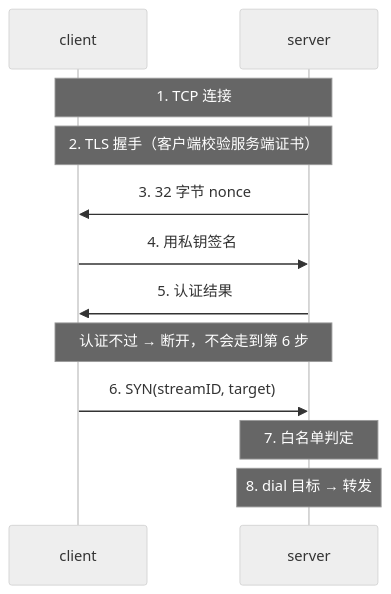
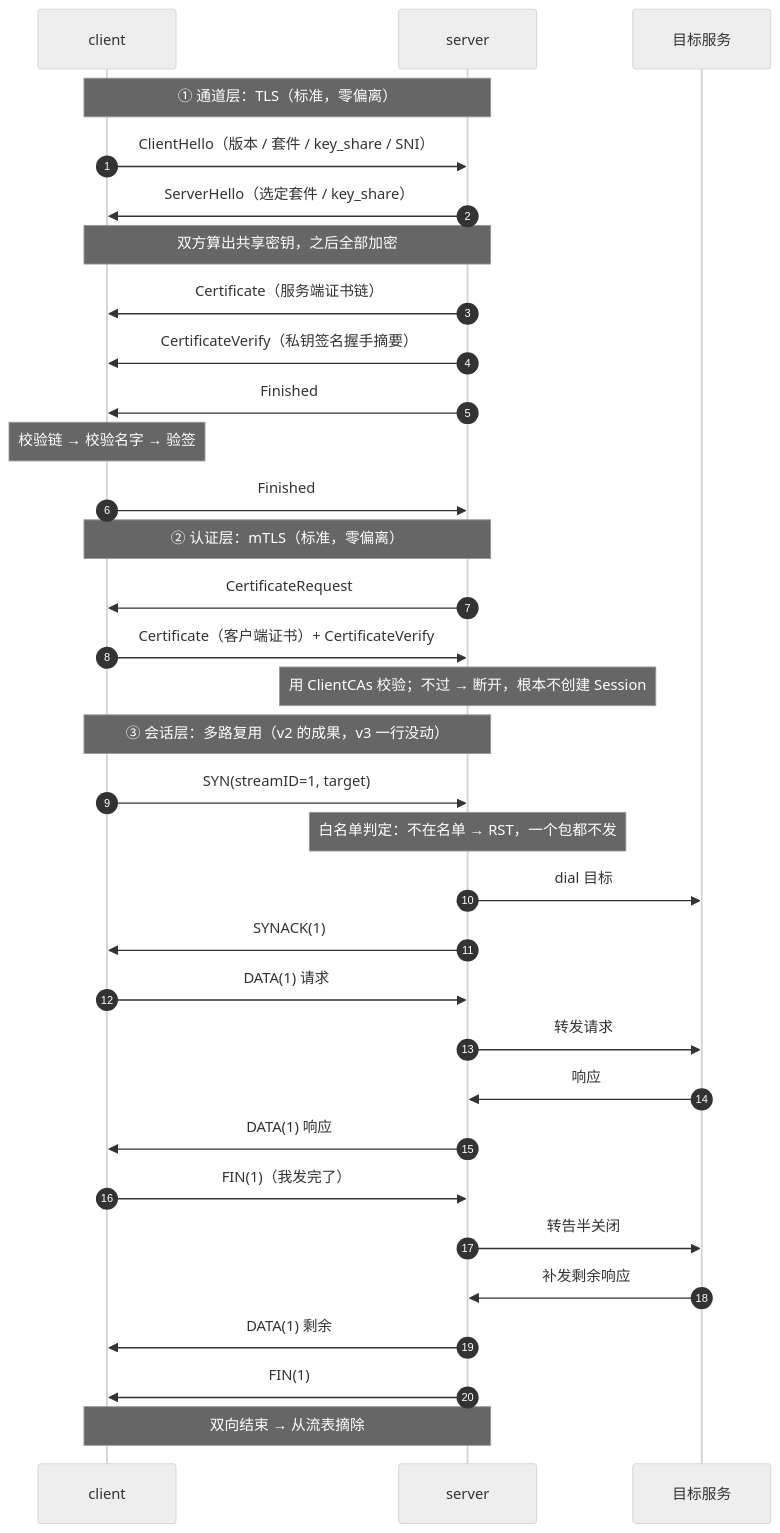
One commit to yiiewang/yiiewang.github.io changed the diagram in docs/blog/posts/2026/10/28-1.md. Above: the diagram before and after it, drawn with Mermaid (neutral theme). The commit also changed other lines of this file and 9 other files, not shown here.

````diff
--- a/docs/blog/posts/2026/10/28-1.md
+++ b/docs/blog/posts/2026/10/28-1.md
@@ -89,14 +103,38 @@
 ```mermaid
 sequenceDiagram
+    autonumber
     participant C as client
     participant S as server
-    Note over C,S: 1. TCP 连接
-    Note over C,S: 2. TLS 握手（客户端校验服务端证书）
-    S->>C: 3. 32 字节 nonce
-    C->>S: 4. 用私钥签名
-    S->>C: 5. 认证结果
-    Note over C,S: 认证不过 → 断开，不会走到第 6 步
-    C->>S: 6. SYN(streamID, target)
-    Note over S: 7. 白名单判定
-    Note over S: 8. dial 目标 → 转发
+    participant T as 目标服务
+
+    Note over C,S: ① 通道层：TLS（标准，零偏离）
+    C->>S: ClientHello（版本 / 套件 / key_share / SNI）
+    S->>C: ServerHello（选定套件 / key_share）
+    Note over C,S: 双方算出共享密钥，之后全部加密
+    S->>C: Certificate（服务端证书链）
+    S->>C: CertificateVerify（私钥签名握手摘要）
+    S->>C: Finished
+    Note over C: 校验链 → 校验名字 → 验签
+    C->>S: Finished
+
+    Note over C,S: ② 认证层：mTLS（标准，零偏离）
+    S->>C: CertificateRequest
+    C->>S: Certificate（客户端证书）+ CertificateVerify
+    Note over S: 用 ClientCAs 校验；不过 → 断开，根本不创建 Session
+
+    Note over C,S: ③ 会话层：多路复用（v2 的成果，v3 一行没动）
+    C->>S: SYN(streamID=1, target)
+    Note over S: 白名单判定：不在名单 → RST，一个包都不发
+    S->>T: dial 目标
+    S->>C: SYNACK(1)
+    C->>S: DATA(1) 请求
+    S->>T: 转发请求
+    T->>S: 响应
+    S->>C: DATA(1) 响应
+    C->>S: FIN(1)（我发完了）
+    S->>T: 转告半关闭
+    T->>S: 补发剩余响应
+    S->>C: DATA(1) 剩余
+    S->>C: FIN(1)
+    Note over C,S: 双向结束 → 从流表摘除
 ```
````
